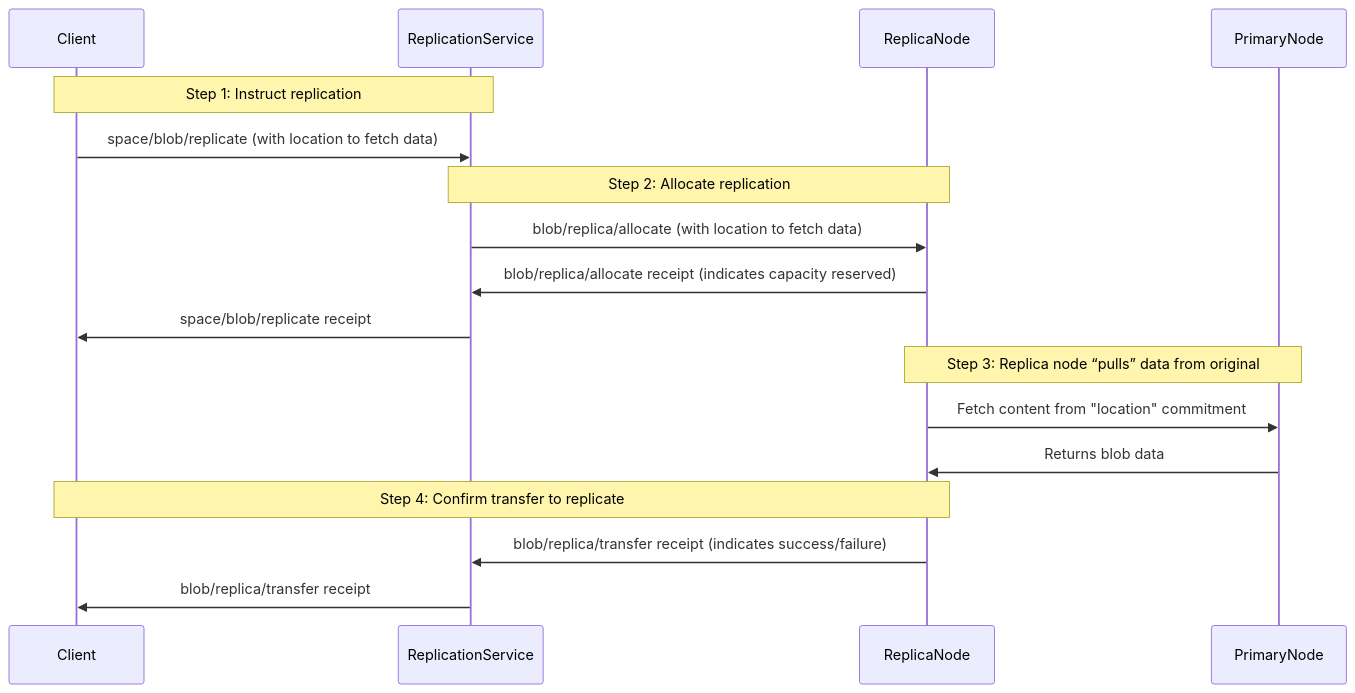
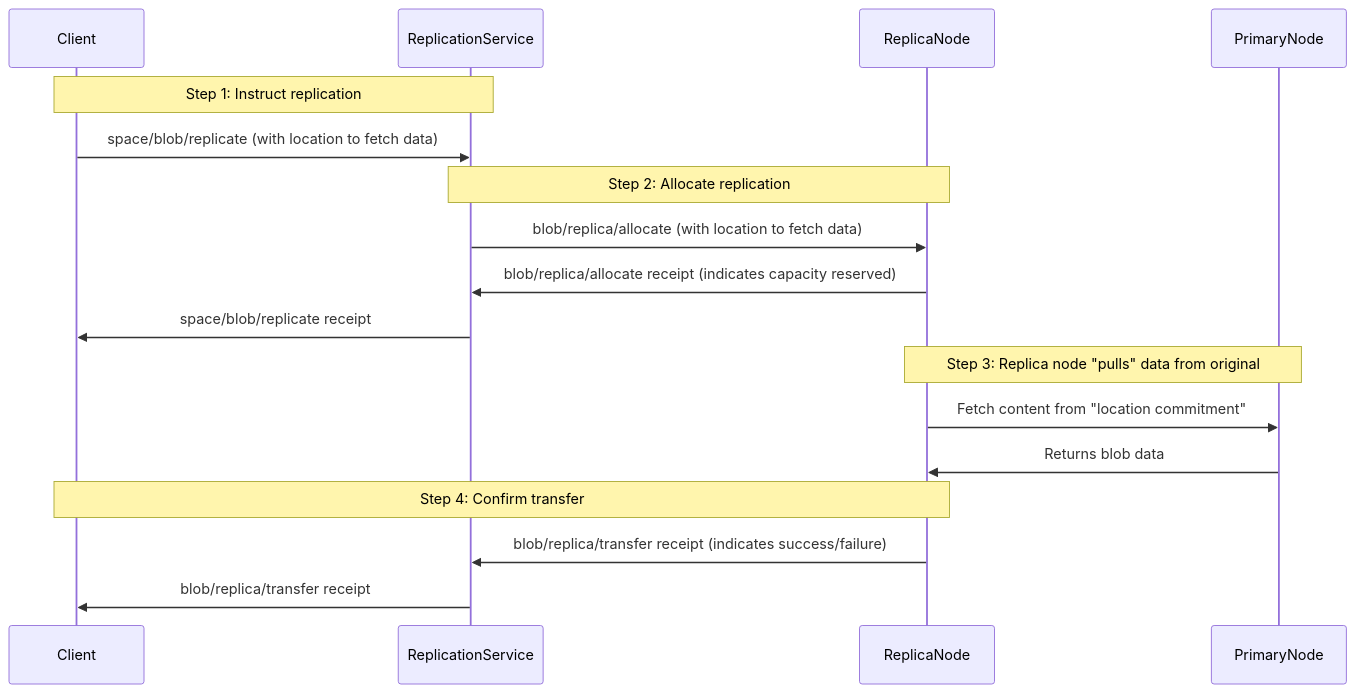
One commit to storacha/specs changed the diagram in w3-replication.md. Above: the diagram before and after it, drawn with Mermaid. The commit also changed other lines of this file, not shown here.

````diff
--- a/w3-replication.md
+++ b/w3-replication.md
@@ -27,23 +27,23 @@
 ```mermaid
 sequenceDiagram
     participant Client
     participant ReplicationService
     participant ReplicaNode
     participant PrimaryNode
 
     Note over Client,ReplicationService: Step 1: Instruct replication
     Client->>ReplicationService: space/blob/replicate (with location to fetch data)
 
     Note over ReplicationService,ReplicaNode: Step 2: Allocate replication
     ReplicationService->>ReplicaNode: blob/replica/allocate (with location to fetch data)
     ReplicaNode->>ReplicationService: blob/replica/allocate receipt (indicates capacity reserved)
     ReplicationService->>Client: space/blob/replicate receipt
 
-    Note over ReplicaNode,PrimaryNode: Step 3: Replica node “pulls” data from original
-    ReplicaNode->>PrimaryNode: Fetch content from "location" commitment
+    Note over ReplicaNode,PrimaryNode: Step 3: Replica node "pulls" data from original
+    ReplicaNode->>PrimaryNode: Fetch content from "location commitment"
     PrimaryNode->>ReplicaNode: Returns blob data
 
-    Note over Client,ReplicaNode: Step 4: Confirm transfer to replicate
+    Note over Client,ReplicaNode: Step 4: Confirm transfer
     ReplicaNode->>ReplicationService: blob/replica/transfer receipt (indicates success/failure)
     ReplicationService->>Client: blob/replica/transfer receipt
 ```
````
